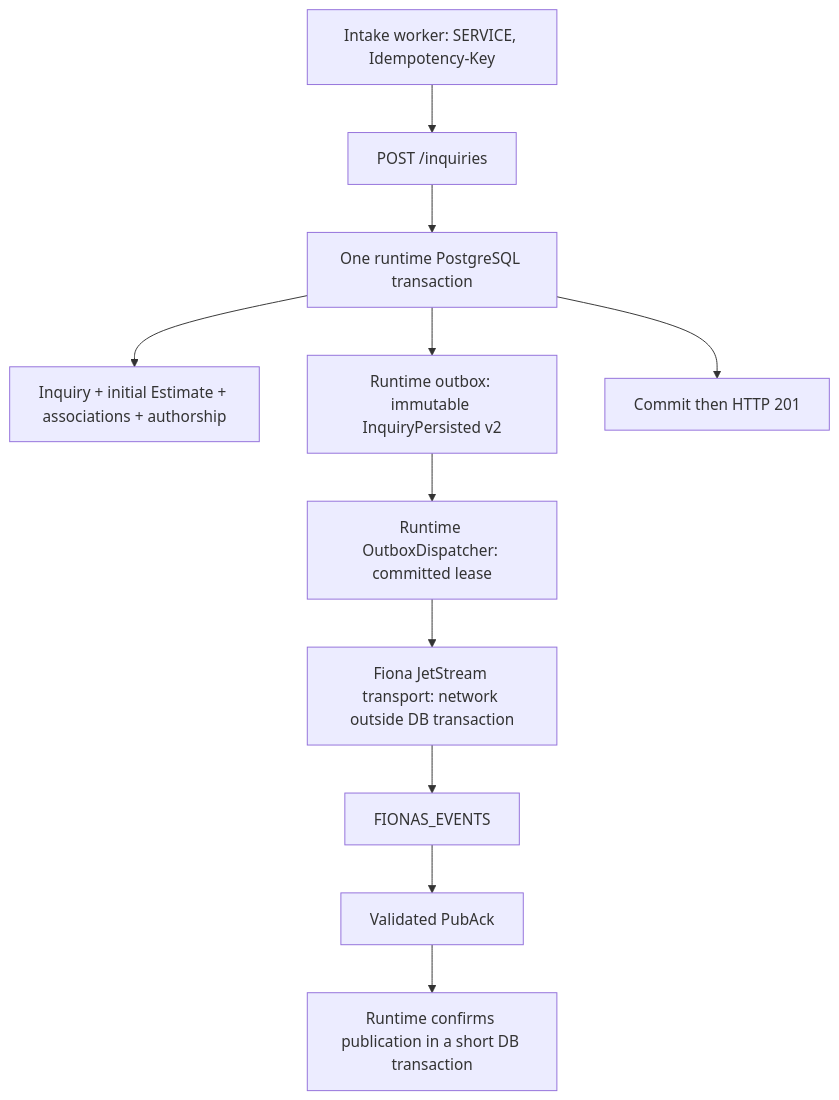
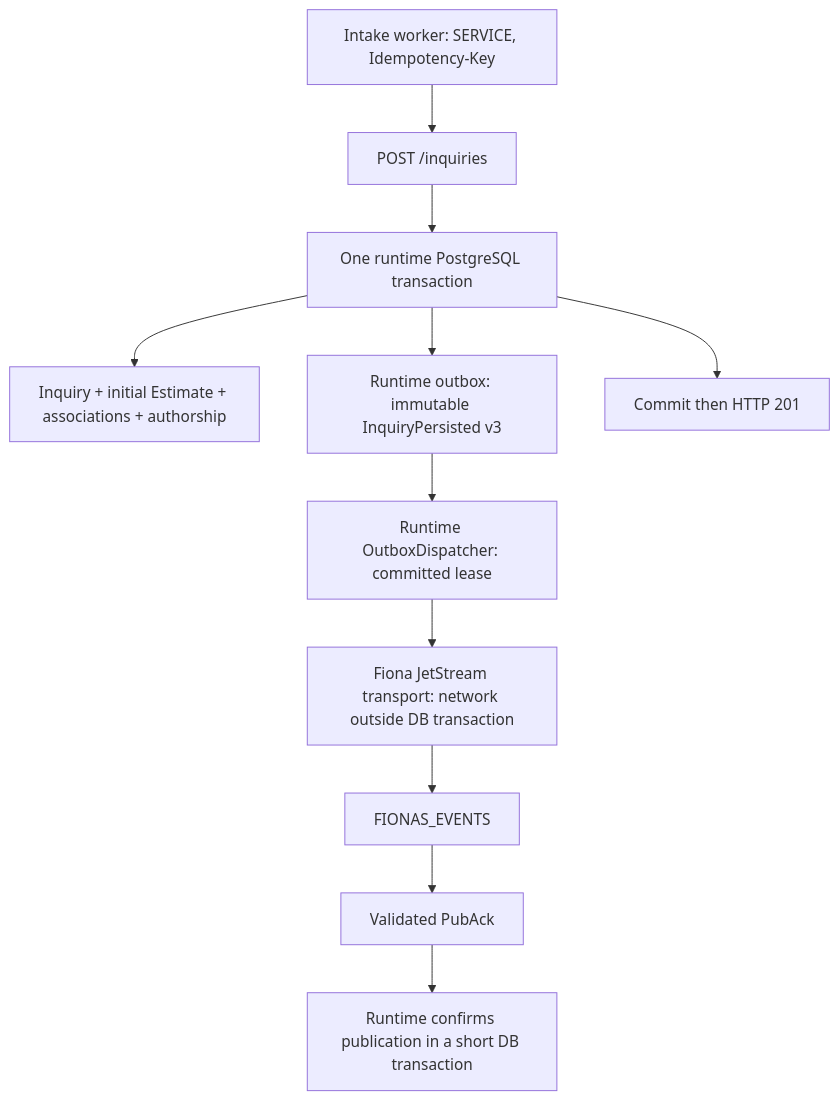
The diagram in docs/inquiry-outbox.md (castab/fionas-commerce), drawn with Mermaid before and after one commit. The commit also changed other lines of this file and 16 other files, not shown here.

Commit message:
Adopt commerce-runtime 0.0.25 and publish InquiryPersisted v3

````diff
--- a/docs/inquiry-outbox.md
+++ b/docs/inquiry-outbox.md
@@ -11,13 +11,13 @@
 ```mermaid
 flowchart TD
   Worker[Intake worker: SERVICE, Idempotency-Key] --> HTTP[POST /inquiries]
   HTTP --> Tx[One runtime PostgreSQL transaction]
   Tx --> Facts[Inquiry + initial Estimate + associations + authorship]
-  Tx --> Event[Runtime outbox: immutable InquiryPersisted v2]
+  Tx --> Event[Runtime outbox: immutable InquiryPersisted v3]
   Tx --> Receipt[Commit then HTTP 201]
   Event --> Dispatcher[Runtime OutboxDispatcher: committed lease]
   Dispatcher --> Adapter[Fiona JetStream transport: network outside DB transaction]
   Adapter --> Stream[FIONAS_EVENTS]
   Stream --> Ack[Validated PubAck]
   Ack --> Confirm[Runtime confirms publication in a short DB transaction]
 ```
````
